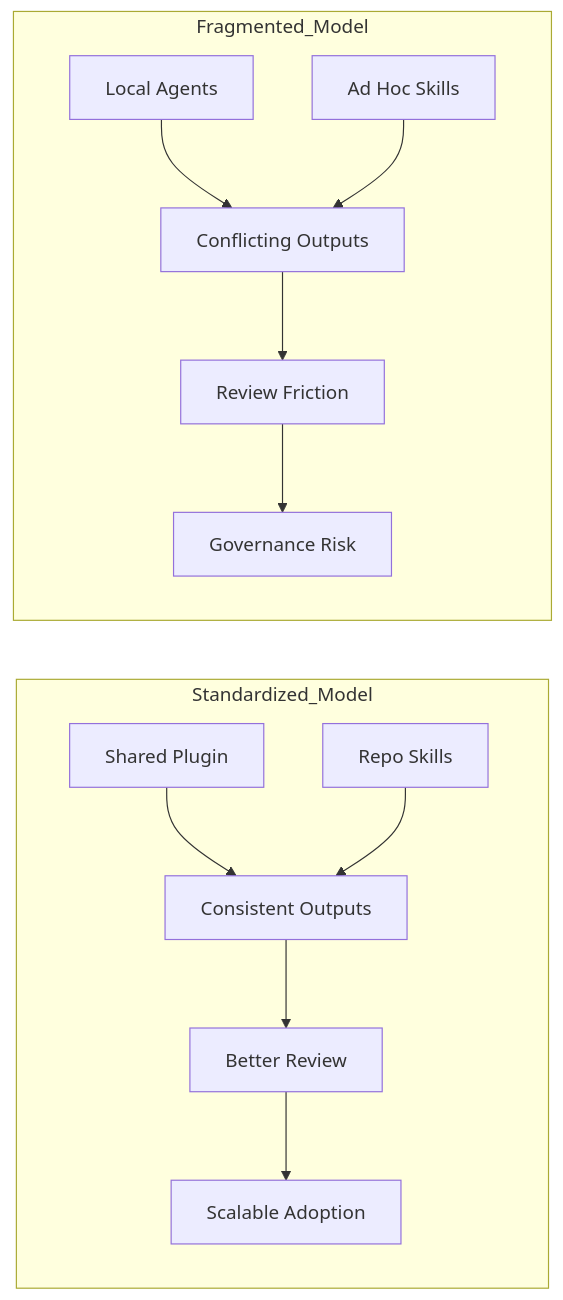
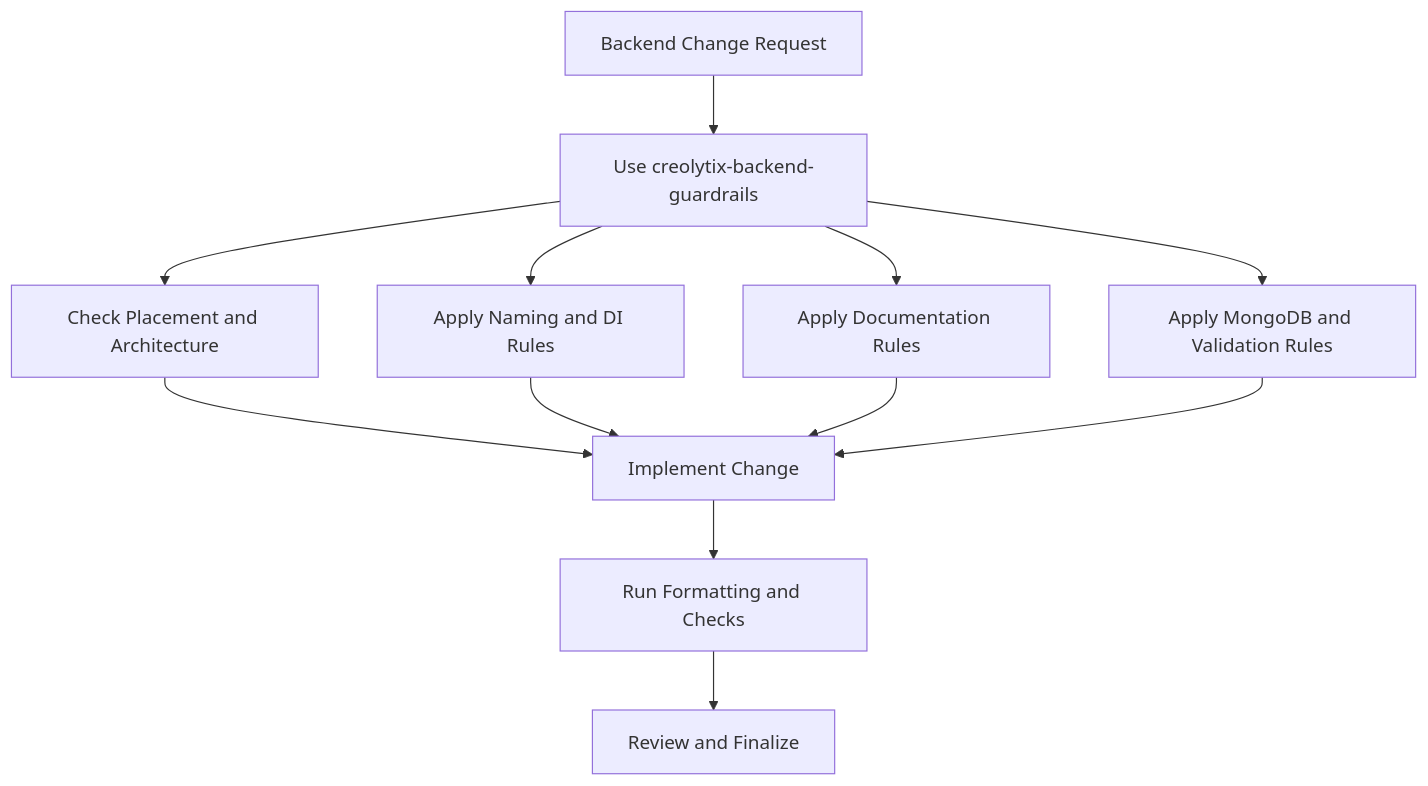
The ninth of 23 diagrams in creolytix-ai-delivery-model.md (refat-asadullah-creolytix-dev/refat-asadullah-creolytix-dev), drawn with Mermaid before and after one commit. The commit also changed other lines of this file, not shown here.

First line of the commit message:
Refine AI delivery model documentation for clarity

````diff
--- a/creolytix-ai-delivery-model.md
+++ b/creolytix-ai-delivery-model.md
@@ -315,26 +384,14 @@
 ```mermaid
-flowchart LR
-    subgraph Standardized_Model
-        A1[Shared Plugin]
-        A2[Repo Skills]
-        A3[Consistent Outputs]
-        A4[Better Review]
-        A5[Scalable Adoption]
-        A1 --> A3
-        A2 --> A3
-        A3 --> A4
-        A4 --> A5
-    end
-
-    subgraph Fragmented_Model
-        B1[Local Agents]
-        B2[Ad Hoc Skills]
-        B3[Conflicting Outputs]
-        B4[Review Friction]
-        B5[Governance Risk]
-        B1 --> B3
-        B2 --> B3
-        B3 --> B4
-        B4 --> B5
-    end
+flowchart TD
+    A[Backend Change Request] --> B[Use creolytix-backend-guardrails]
+    B --> C[Check Placement and Architecture]
+    B --> D[Apply Naming and DI Rules]
+    B --> E[Apply Documentation Rules]
+    B --> F[Apply MongoDB and Validation Rules]
+    C --> G[Implement Change]
+    D --> G
+    E --> G
+    F --> G
+    G --> H[Run Formatting and Checks]
+    H --> I[Review and Finalize]
 ```
````
